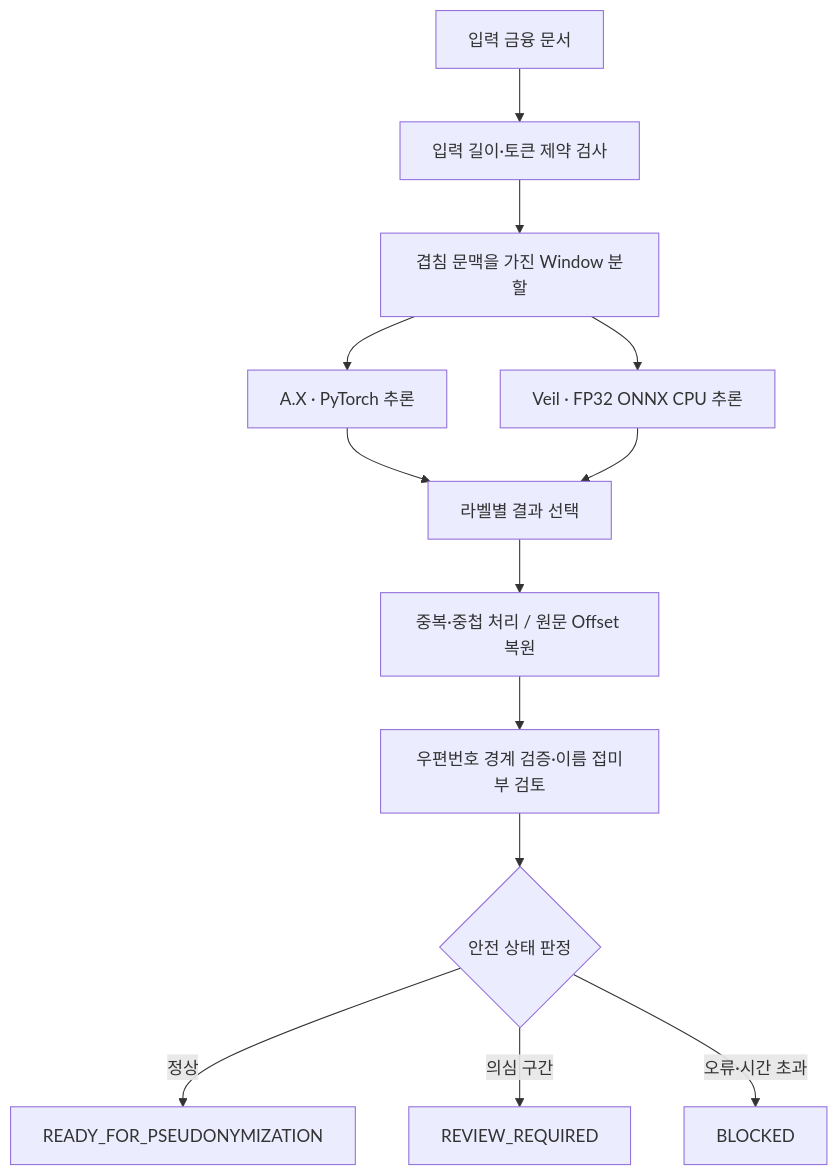
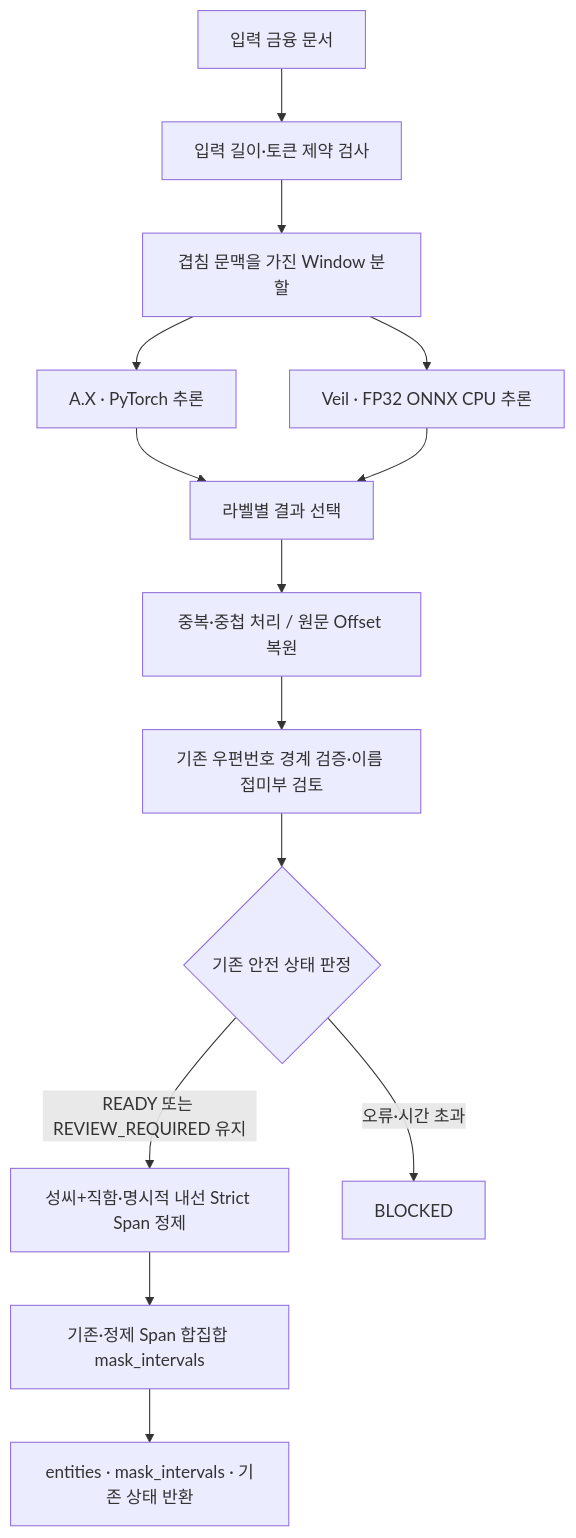
One commit to kohjunseo1/AegisRAG changed the diagram in step1_pii_detector/README.md. Above: the diagram before and after it, drawn with Mermaid. The commit also changed other lines of this file and 11 other files, not shown here.

````diff
--- a/step1_pii_detector/README.md
+++ b/step1_pii_detector/README.md
@@ -32,15 +32,16 @@
 ```mermaid
 flowchart TD
     A[입력 금융 문서] --> B[입력 길이·토큰 제약 검사]
     B --> C[겹침 문맥을 가진 Window 분할]
     C --> D[A.X · PyTorch 추론]
     C --> E[Veil · FP32 ONNX CPU 추론]
     D --> F[라벨별 결과 선택]
     E --> F
     F --> G[중복·중첩 처리 / 원문 Offset 복원]
-    G --> H[우편번호 경계 검증·이름 접미부 검토]
-    H --> I{안전 상태 판정}
-    I -->|정상| J[READY_FOR_PSEUDONYMIZATION]
-    I -->|의심 구간| K[REVIEW_REQUIRED]
-    I -->|오류·시간 초과| L[BLOCKED]
+    G --> H[기존 우편번호 경계 검증·이름 접미부 검토]
+    H --> I{기존 안전 상태 판정}
+    I -->|READY 또는 REVIEW_REQUIRED 유지| J[성씨+직함·명시적 내선 Strict Span 정제]
+    J --> K[기존·정제 Span 합집합 mask_intervals]
+    K --> L[entities · mask_intervals · 기존 상태 반환]
+    I -->|오류·시간 초과| M[BLOCKED]
 ```
````
